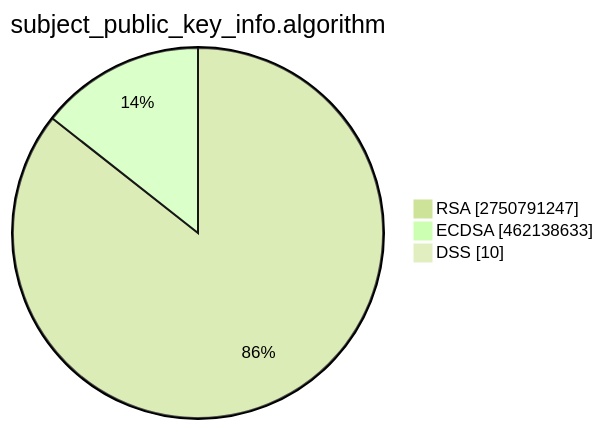
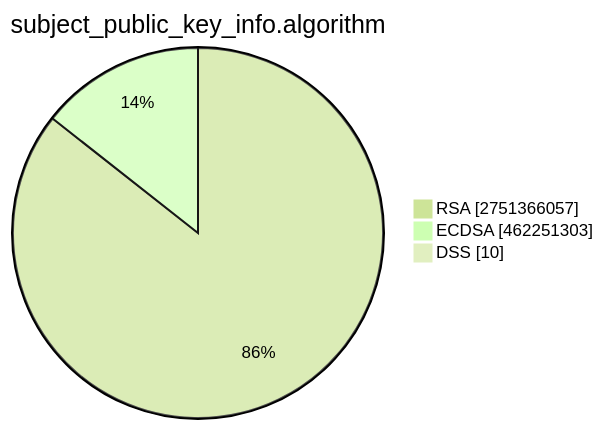
The second of 15 diagrams in TOTAL/README.md (christiankrug/ctmonitor_visualization), drawn with Mermaid (forest theme) before and after one commit. The commit also changed other lines of this file, not shown here.

````diff
--- a/TOTAL/README.md
+++ b/TOTAL/README.md
@@ -6,7 +6,7 @@
 ```mermaid
 pie showData
 title subject_public_key_info.algorithm
-"RSA" :2750791247
-"ECDSA" :462138633
+"RSA" :2751366057
+"ECDSA" :462251303
 "DSS" :10
 ```
````
